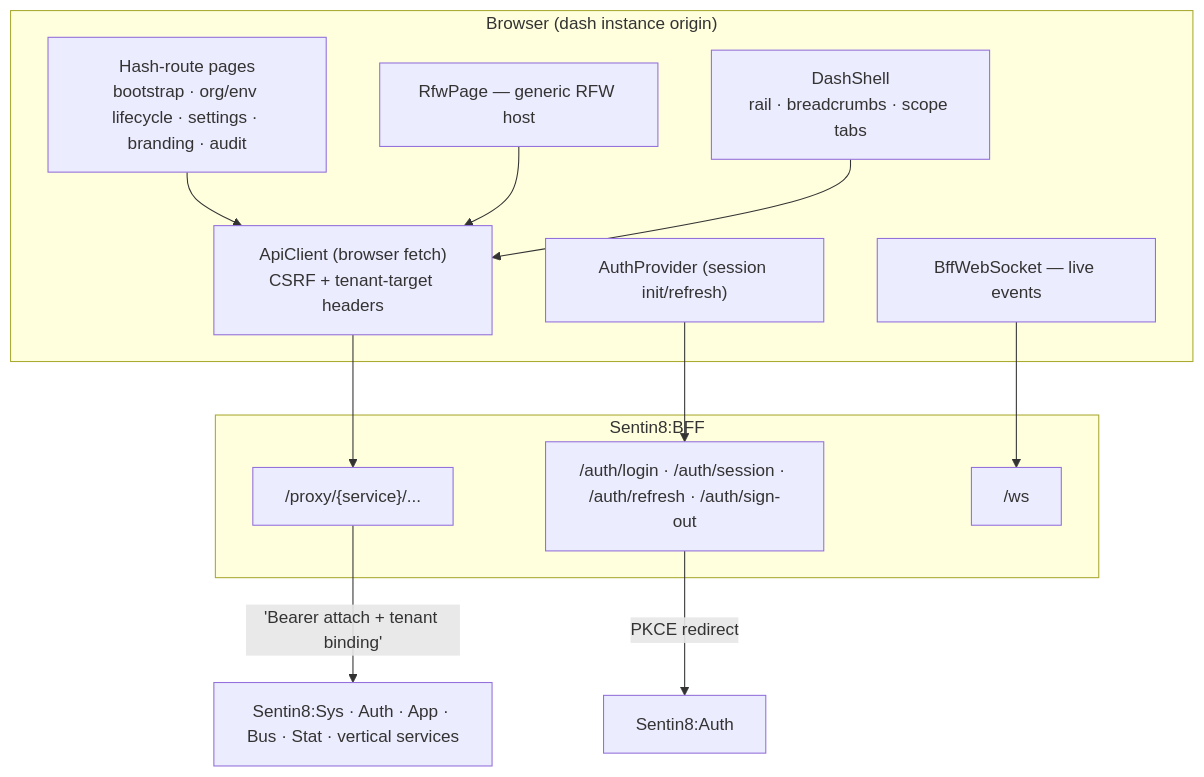
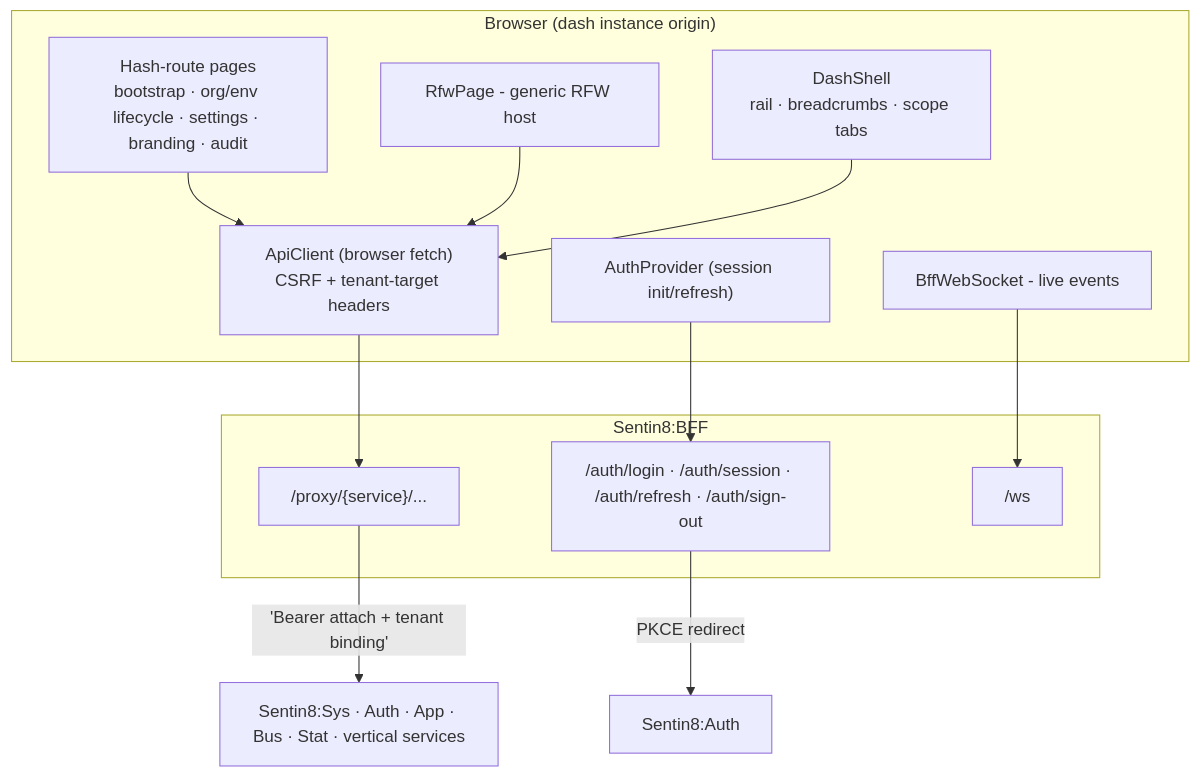
The diagram in README.md (Sentin8/sentin8-dash), drawn with Mermaid before and after one commit. The commit also changed other lines of this file and 7 other files, not shown here.

````diff
--- a/README.md
+++ b/README.md
@@ -42,24 +42,24 @@
 ```mermaid
 graph TD
     subgraph Browser["Browser (dash instance origin)"]
         SHELL["DashShell<br/>rail · breadcrumbs · scope tabs"]
         PAGES["Hash-route pages<br/>bootstrap · org/env lifecycle · settings · branding · audit"]
-        RFW["RfwPage — generic RFW host"]
+        RFW["RfwPage - generic RFW host"]
         API["ApiClient (browser fetch)<br/>CSRF + tenant-target headers"]
-        WS["BffWebSocket — live events"]
+        WS["BffWebSocket - live events"]
         AUTH["AuthProvider (session init/refresh)"]
     end
     subgraph BFF["Sentin8:BFF"]
         AUTHROUTES["/auth/login · /auth/session · /auth/refresh · /auth/sign-out"]
         PROXY["/proxy/{service}/..."]
         WSCH["/ws"]
     end
     PAGES --> API
     RFW --> API
     SHELL --> API
     AUTH --> AUTHROUTES
     API --> PROXY
     WS --> WSCH
     AUTHROUTES -->|"PKCE redirect"| AUTHS["Sentin8:Auth"]
     PROXY -->|"'Bearer attach + tenant binding'"| SERVICES["Sentin8:Sys · Auth · App · Bus · Stat · vertical services"]
 ```
````
